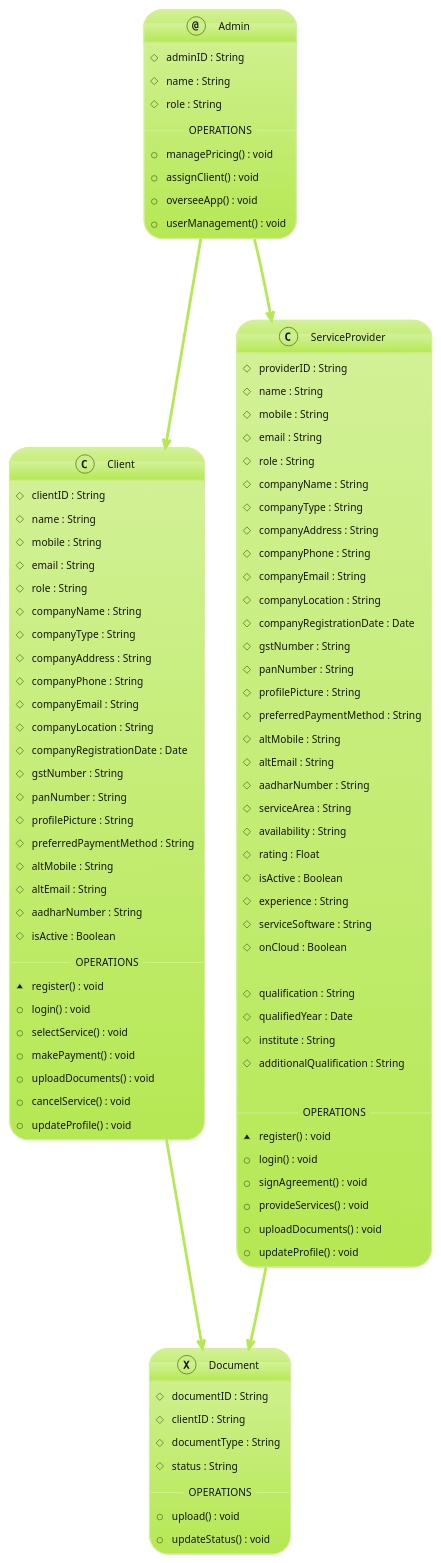
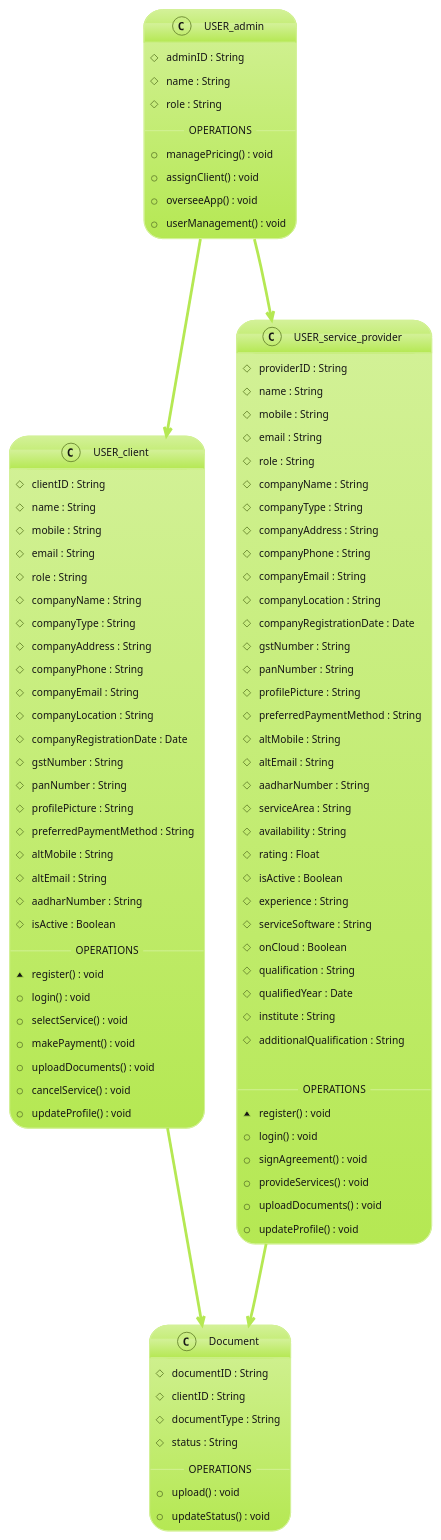
The first of 2 diagrams in README.md (munishalgox360/MUNIM_BACKEND), drawn with PlantUML before and after one commit. The commit also changed other lines of this file and 1 other file, not shown here.

```diff
--- a/README.md
+++ b/README.md
@@ -15,7 +15,7 @@
 @startuml
 !theme hacker
 
-class Client {
+class USER_client {
     ' Data Fields (compartment 1)
     # clientID : String
     # name : String
@@ -48,7 +48,7 @@
     + updateProfile() : void
 }
 
-class ServiceProvider {
+class USER_service_provider {
     ' Data Fields (compartment 1)
     # providerID : String
     # name : String
@@ -76,7 +76,6 @@
     # experience : String
     # serviceSoftware : String
     # onCloud : Boolean
-   
     # qualification : String
     # qualifiedYear : Date
     # institute : String
@@ -92,12 +91,12 @@
     + updateProfile() : void
 }
 
-annotation Admin {
+class USER_admin {
     ' Data Fields (compartment 1)
     # adminID : String
     # name : String
     # role : String
- -- OPERATIONS --
+    -- OPERATIONS --
     ' Operations (compartment 2)
     + managePricing() : void
     + assignClient() : void
@@ -105,20 +104,21 @@
     + userManagement() : void
 }
 
-exception Document {
+class Document {
     ' Data Fields (compartment 1)
     # documentID : String
     # clientID : String
     # documentType : String
     # status : String
- -- OPERATIONS --
+    -- OPERATIONS --
     ' Operations (compartment 2)
     + upload() : void
     + updateStatus() : void
 }
 
-Client "1" --> "0..*" Document : uploads
-ServiceProvider "1" --> "0..*" Document : uploads
-Admin "1" --> "0..*" Client : manages
-Admin "1" --> "0..*" ServiceProvider : manages
+USER_client "1" --> "0..*" Document : uploads
+USER_service_provider "1" --> "0..*" Document : uploads
+USER_admin "1" --> "0..*" USER_client : manages
+USER_admin "1" --> "0..*" USER_service_provider : manages
+
 @enduml
```
